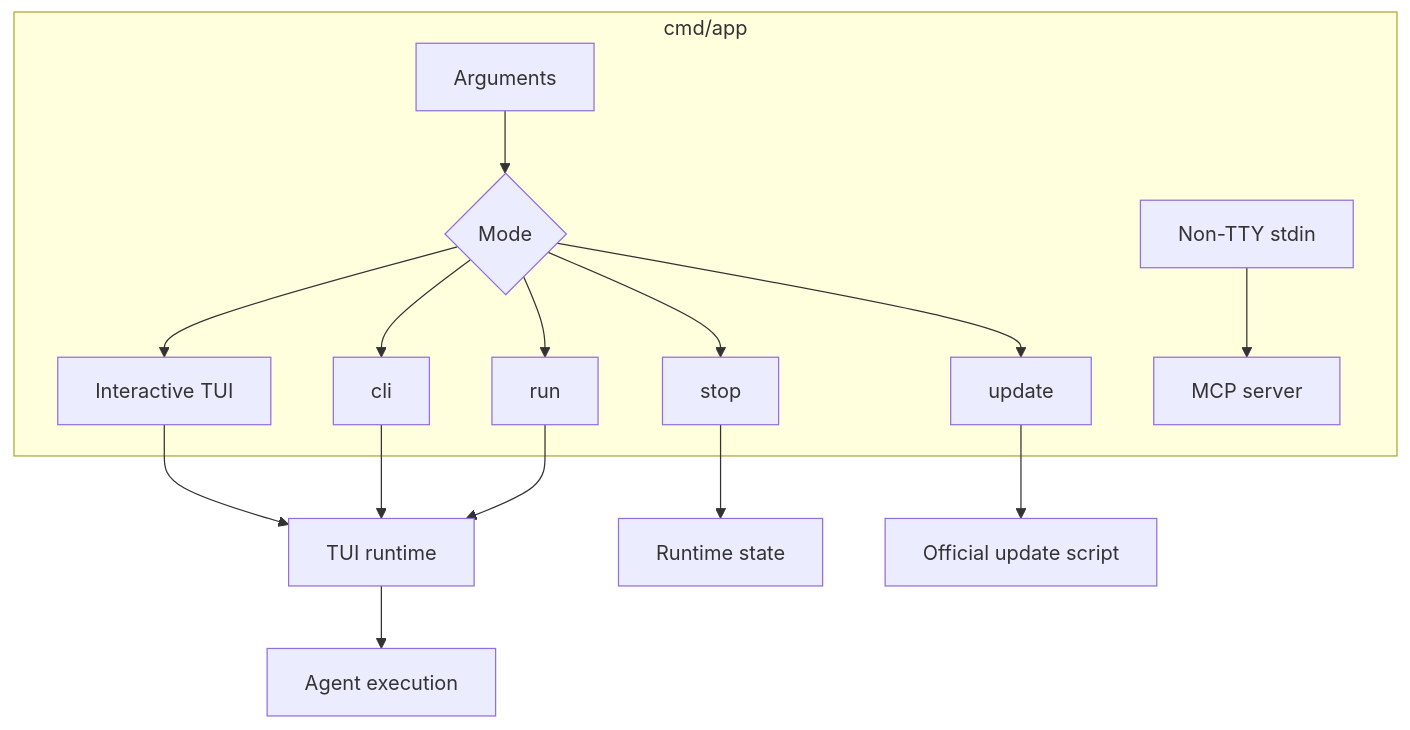
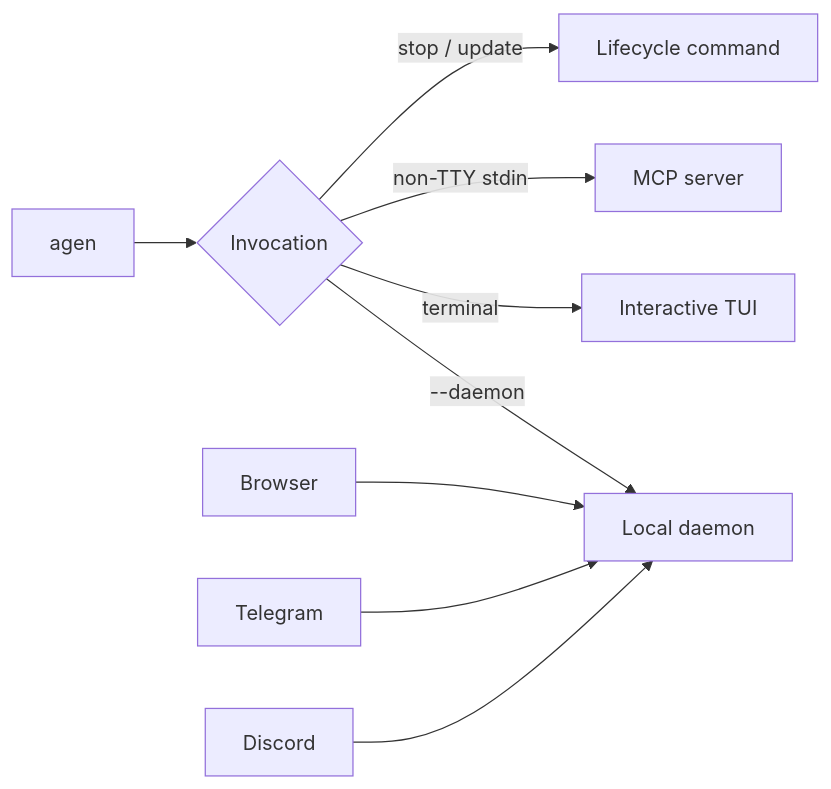
Before and after one commit to agenvoy/Agenvoy: the second of 9 diagrams in doc/architecture.md, drawn with Mermaid. The commit also changed other lines of this file and 5 other files, not shown here.

````diff
--- a/doc/architecture.md
+++ b/doc/architecture.md
@@ -30,18 +31,11 @@
 ```mermaid
-graph TB
-    subgraph CLI[cmd/app]
-        Args[Arguments] --> Dispatch{Mode}
-        Dispatch --> TUIEntry[Interactive TUI]
-        Dispatch --> Cli[cli]
-        Dispatch --> Run[run]
-        Dispatch --> Stop[stop]
-        Dispatch --> Update[update]
-        Stdin[Non-TTY stdin] --> MCP[MCP server]
-    end
-    TUIEntry --> TUIRuntime[TUI runtime]
-    Cli --> TUIRuntime
-    Run --> TUIRuntime
-    TUIRuntime --> Execution[Agent execution]
-    Stop --> RuntimeState[Runtime state]
-    Update --> Installer[Official update script]
+graph LR
+    CLI[agen] --> Mode{Invocation}
+    Mode -->|terminal| TUI[Interactive TUI]
+    Mode -->|--daemon| Daemon[Local daemon]
+    Mode -->|non-TTY stdin| MCP[MCP server]
+    Mode -->|stop / update| Maintenance[Lifecycle command]
+    Dashboard[Browser] --> Daemon
+    Telegram[Telegram] --> Daemon
+    Discord[Discord] --> Daemon
 ```
````
